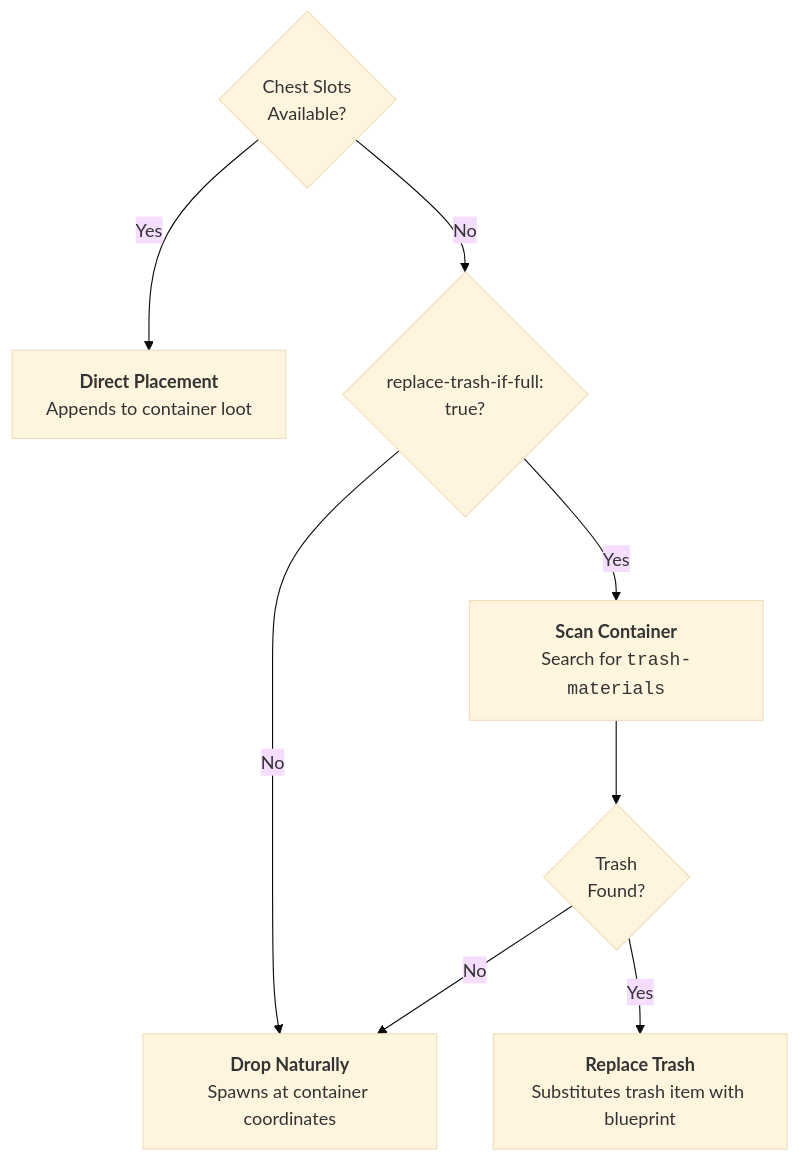
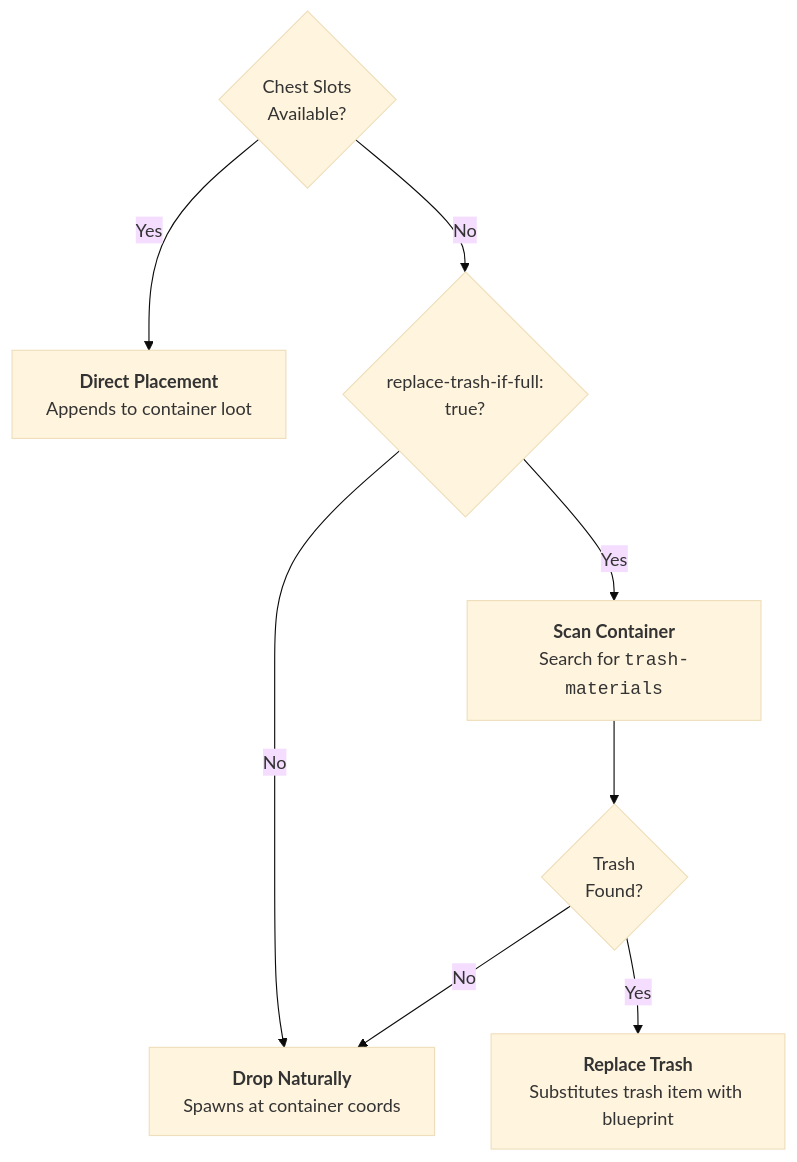
One commit to XZtotal/CraftingBlueprints-Wiki changed the second of 2 diagrams in docs/operations/world-loot-tables.md. Above: the diagram before and after it, drawn with Mermaid (base theme). The commit also changed other lines of this file and 24 other files, not shown here.

````diff
--- a/docs/operations/world-loot-tables.md
+++ b/docs/operations/world-loot-tables.md
@@ -246,11 +250,18 @@
 ```mermaid
 flowchart TD
     CapCheck{"Chest Slots<br/>Available?"}
-    CapCheck -->|Yes| Direct["<b>Direct Placement</b><br/>Appends to container loot"]
-    CapCheck -->|No| TrashCheck{"replace-trash-if-full:<br/>true?"}
-    TrashCheck -->|No| DropWorld["<b>Drop Naturally</b><br/>Spawns at container coordinates"]
-    TrashCheck -->|Yes| Scan["<b>Scan Container</b><br/>Search for <code>trash-materials</code>"]
-    Scan --> Found{"Trash<br/>Found?"}
-    Found -->|Yes| Replace["<b>Replace Trash</b><br/>Substitutes trash item with blueprint"]
+    Direct["<b>Direct Placement</b><br/>Appends to container loot"]
+    TrashCheck{"replace-trash-if-full:<br/>true?"}
+    DropWorld["<b>Drop Naturally</b><br/>Spawns at container coords"]
+    Scan["<b>Scan Container</b><br/>Search for <code>trash-materials</code>"]
+    Found{"Trash<br/>Found?"}
+    Replace["<b>Replace Trash</b><br/>Substitutes trash item with blueprint"]
+
+    CapCheck -->|Yes| Direct
+    CapCheck -->|No| TrashCheck
+    TrashCheck -->|No| DropWorld
+    TrashCheck -->|Yes| Scan
+    Scan --> Found
+    Found -->|Yes| Replace
     Found -->|No| DropWorld
 ```
````
